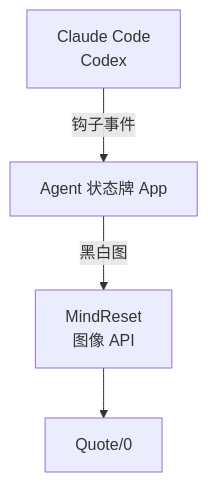
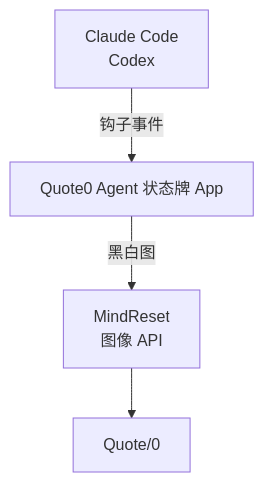
Before and after one commit to realruian/quote0-agent-board: the diagram in README.md, drawn with Mermaid. The commit also changed other lines of this file and 10 other files, not shown here.

First line of the commit message:
Name the app and its disk image after Quote/0

````diff
--- a/README.md
+++ b/README.md
@@ -75,6 +75,6 @@
 ```mermaid
 flowchart TB
-    A["Claude Code<br>Codex"] -- "钩子事件" --> C["Agent 状态牌 App"]
+    A["Claude Code<br>Codex"] -- "钩子事件" --> C["Quote0 Agent 状态牌 App"]
     C -- "黑白图" --> D["MindReset<br>图像 API"]
     D --> E["Quote/0"]
 ```
````
